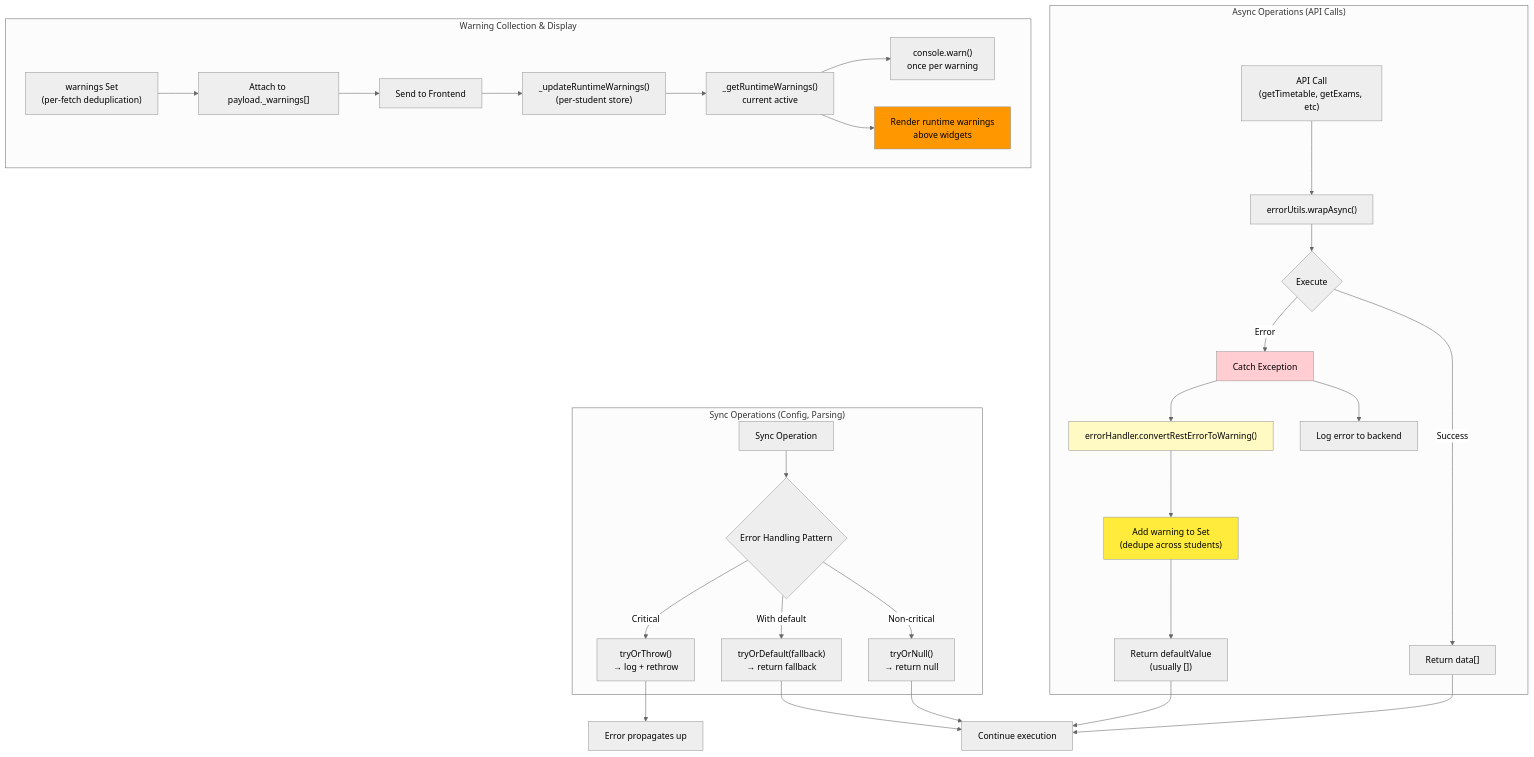
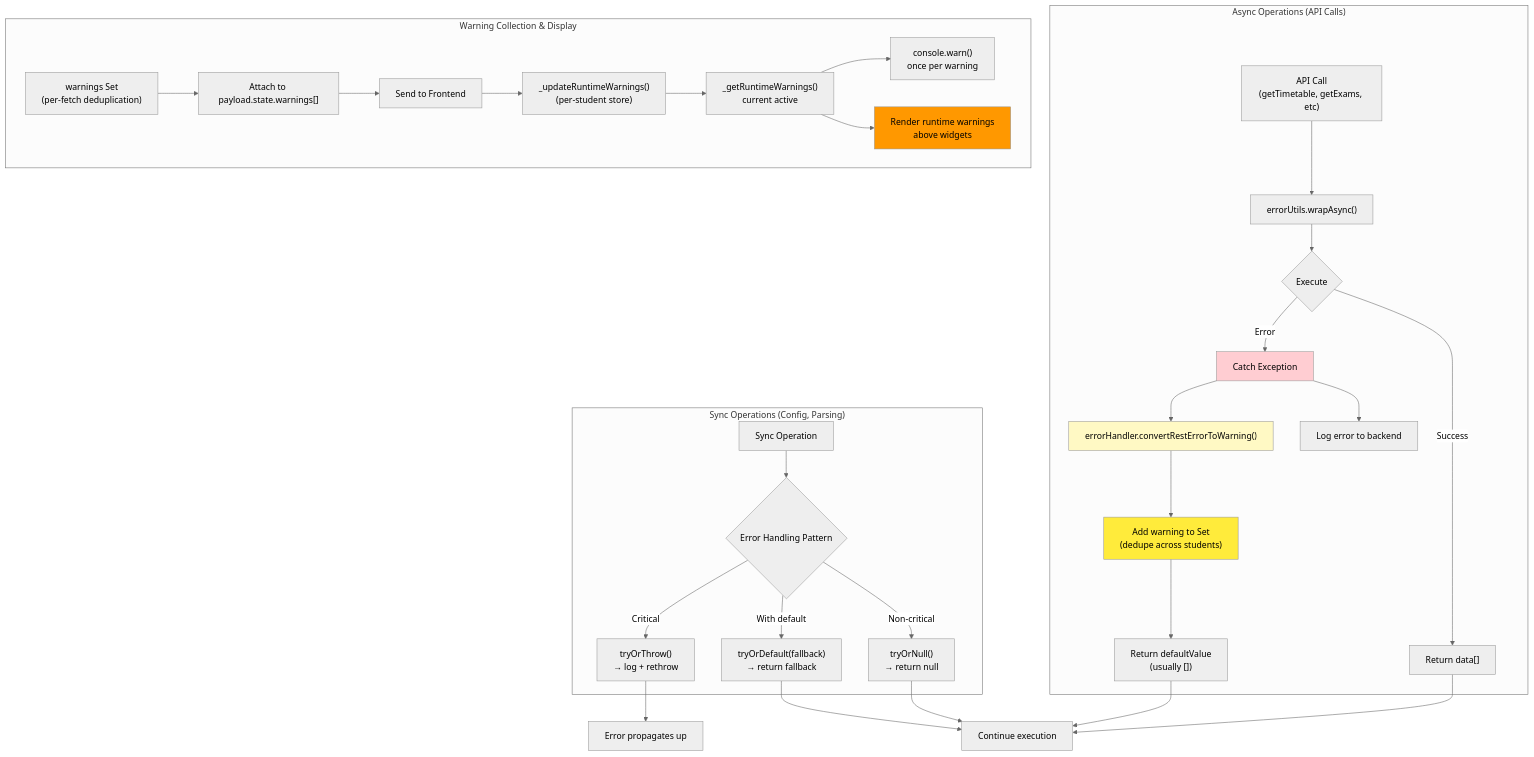
One commit to HeikoGr/MMM-Webuntis changed the tenth of 13 diagrams in docs/ARCHITECTURE.md. Above: the diagram before and after it, drawn with Mermaid (neutral theme). The commit also changed other lines of this file and 16 other files, not shown here.

````diff
--- a/docs/ARCHITECTURE.md
+++ b/docs/ARCHITECTURE.md
@@ -951,46 +952,46 @@
 ```mermaid
 graph TB
     subgraph Async["Async Operations (API Calls)"]
         Start["API Call<br/>(getTimetable, getExams, etc)"]
         --> Wrap["errorUtils.wrapAsync()"]
         --> Try{Execute}
 
         Try -->|Success| Return["Return data[]"]
         Try -->|Error| Catch["Catch Exception"]
 
         Catch --> Log["Log error to backend"]
         Catch --> Convert["errorHandler.convertRestErrorToWarning()"]
         Convert --> Warn["Add warning to Set<br/>(dedupe across students)"]
         Warn --> Fallback["Return defaultValue<br/>(usually [])"]
     end
 
     subgraph Sync["Sync Operations (Config, Parsing)"]
         SyncOp["Sync Operation"]
         --> Choice{Error Handling Pattern}
 
         Choice -->|Non-critical| TryNull["tryOrNull()<br/>→ return null"]
         Choice -->|With default| TryDefault["tryOrDefault(fallback)<br/>→ return fallback"]
         Choice -->|Critical| TryThrow["tryOrThrow()<br/>→ log + rethrow"]
     end
 
     subgraph Warning["Warning Collection & Display"]
         WarnSet["warnings Set<br/>(per-fetch deduplication)"]
-        --> PayloadWarn["Attach to payload._warnings[]"]
+        --> PayloadWarn["Attach to payload.state.warnings[]"]
         PayloadWarn --> Frontend["Send to Frontend"]
         Frontend --> Runtime["_updateRuntimeWarnings()<br/>(per-student store)"]
         Runtime --> Aggregate["_getRuntimeWarnings()<br/>current active"]
         Aggregate --> Console["console.warn()<br/>once per warning"]
         Aggregate --> UI["Render runtime warnings<br/>above widgets"]
     end
 
     Return --> End["Continue execution"]
     Fallback --> End
     TryNull --> End
     TryDefault --> End
     TryThrow --> Propagate["Error propagates up"]
 
     style Catch fill:#ffcdd2
     style Convert fill:#fff9c4
     style Warn fill:#ffeb3b
     style UI fill:#ff9800
 ```
````
